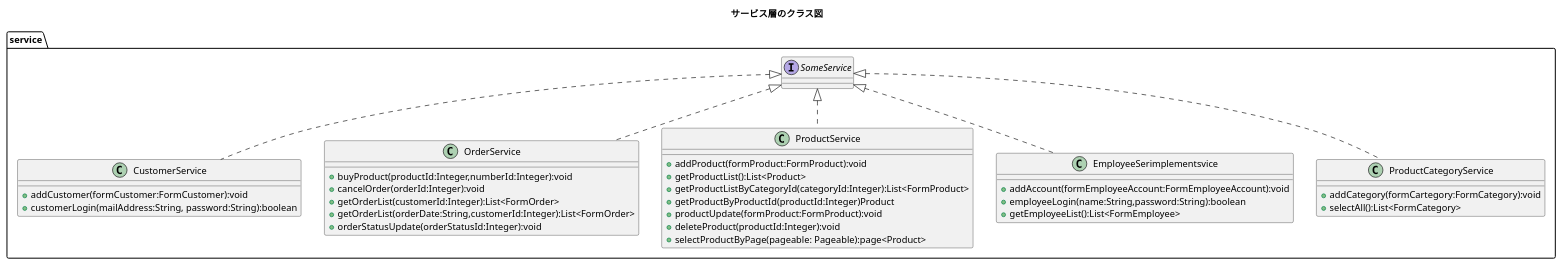
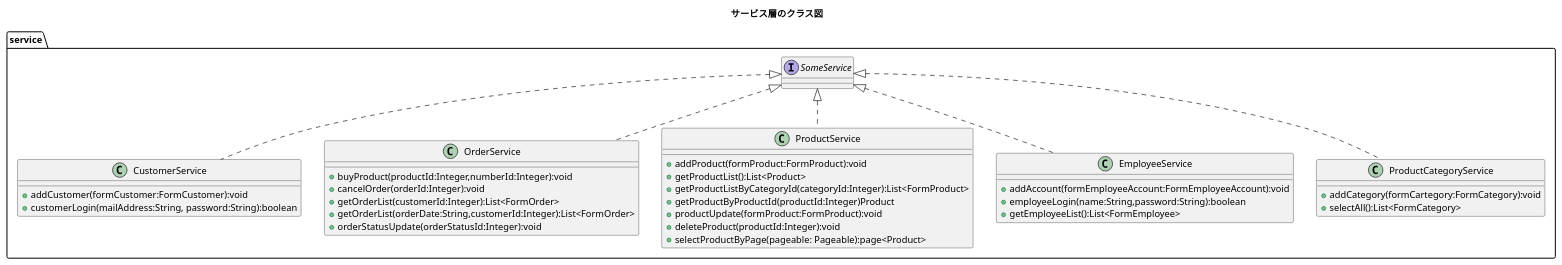
One commit to kanavii3333/ec-b changed the diagram in plan/uml/class/service.plantuml. Above: the diagram before and after it, drawn with PlantUML.

Commit message:
service.plantuml

```diff
--- a/plan/uml/class/service.plantuml
+++ b/plan/uml/class/service.plantuml
@@ -1,42 +1,42 @@
 @startuml
 title サービス層のクラス図
 package service{
 	class CustomerService implements SomeService{
 		+ addCustomer(formCustomer:FormCustomer):void
 		+ customerLogin(mailAddress:String, password:String):boolean
 	}
 	
 	class OrderService implements SomeService{
 		+ buyProduct(productId:Integer,numberId:Integer):void
 		+ cancelOrder(orderId:Integer):void
 		+ getOrderList(customerId:Integer):List<FormOrder>
 		+ getOrderList(orderDate:String,customerId:Integer):List<FormOrder>
 		+ orderStatusUpdate(orderStatusId:Integer):void
 	}
 	
 	class ProductService implements SomeService{
 		+ addProduct(formProduct:FormProduct):void
 		+ getProductList():List<Product>
 		+ getProductListByCategoryId(categoryId:Integer):List<FormProduct>
 		+ getProductByProductId(productId:Integer)Product
 		+ productUpdate(formProduct:FormProduct):void
 		+ deleteProduct(productId:Integer):void
 		+ selectProductByPage(pageable: Pageable):page<Product>
 	}
 
 
-	class EmployeeSerimplementsvice implements SomeService{
+	class EmployeeService implements SomeService{
 		+ addAccount(formEmployeeAccount:FormEmployeeAccount):void
 		+ employeeLogin(name:String,password:String):boolean
 		+ getEmployeeList():List<FormEmployee>
 	}
 	
 	class ProductCategoryService implements SomeService{
 		+ addCategory(formCartegory:FormCategory):void
 		+ selectAll():List<FormCategory>
 	}	
 }
 
 
 
 @enduml
```
